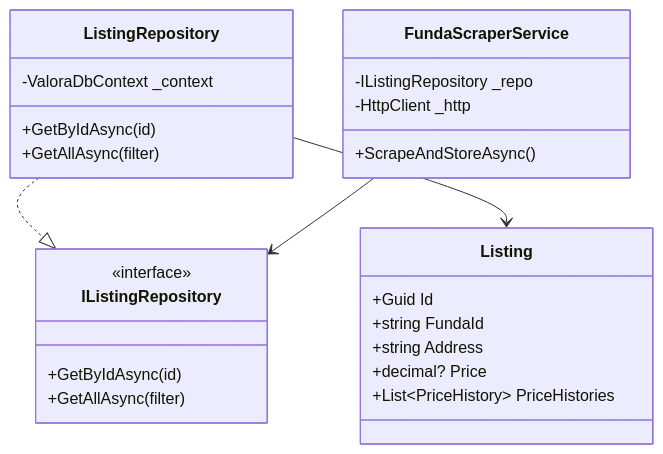
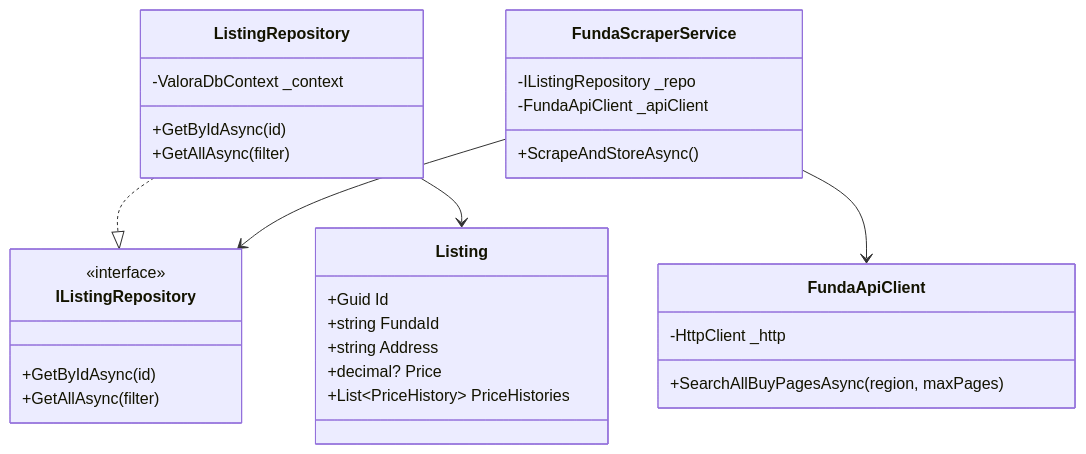
One commit to YKDBontekoe/valora changed the first of 2 diagrams in docs/developer-guide.md. Above: the diagram before and after it, drawn with Mermaid. The commit also changed other lines of this file and 3 other files, not shown here.

````diff
--- a/docs/developer-guide.md
+++ b/docs/developer-guide.md
@@ -33,32 +33,38 @@
 ```mermaid
 classDiagram
     class Listing {
         +Guid Id
         +string FundaId
         +string Address
         +decimal? Price
         +List~PriceHistory~ PriceHistories
     }
 
     class IListingRepository {
         <<interface>>
         +GetByIdAsync(id)
         +GetAllAsync(filter)
     }
 
     class ListingRepository {
         -ValoraDbContext _context
         +GetByIdAsync(id)
         +GetAllAsync(filter)
     }
 
+    class FundaApiClient {
+        -HttpClient _http
+        +SearchAllBuyPagesAsync(region, maxPages)
+    }
+
     class FundaScraperService {
         -IListingRepository _repo
-        -HttpClient _http
+        -FundaApiClient _apiClient
         +ScrapeAndStoreAsync()
     }
 
     ListingRepository ..|> IListingRepository
     FundaScraperService --> IListingRepository
+    FundaScraperService --> FundaApiClient
     ListingRepository --> Listing
 ```
````
